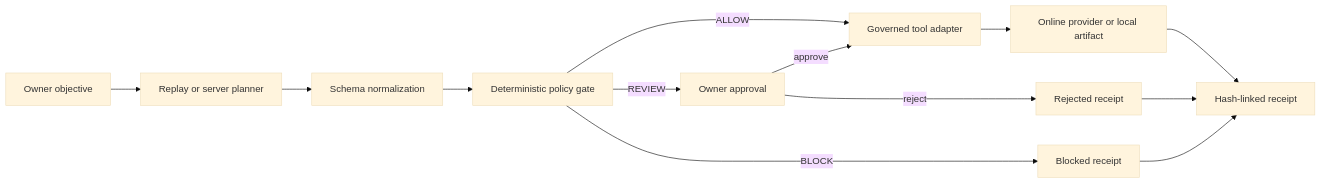
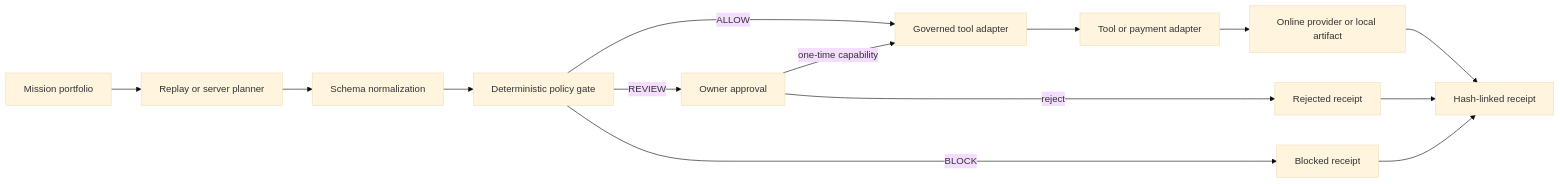
The diagram in README.md (FeeeeelixWong/solepilot), drawn with Mermaid (base theme) before and after one commit. The commit also changed other lines of this file and 17 other files, not shown here.

````diff
--- a/README.md
+++ b/README.md
@@ -74,15 +82,16 @@
 ```mermaid
 flowchart LR
-  O[Owner objective] --> P[Replay or server planner]
+  O[Mission portfolio] --> P[Replay or server planner]
   P --> V[Schema normalization]
   V --> G[Deterministic policy gate]
   G -->|ALLOW| T[Governed tool adapter]
   G -->|REVIEW| A[Owner approval]
-  A -->|approve| T
+  A -->|one-time capability| T
   A -->|reject| R[Rejected receipt]
   G -->|BLOCK| B[Blocked receipt]
-  T --> F[Online provider or local artifact]
+  T --> X[Tool or payment adapter]
+  X --> F[Online provider or local artifact]
   F --> H[Hash-linked receipt]
   R --> H
   B --> H
 ```
````
